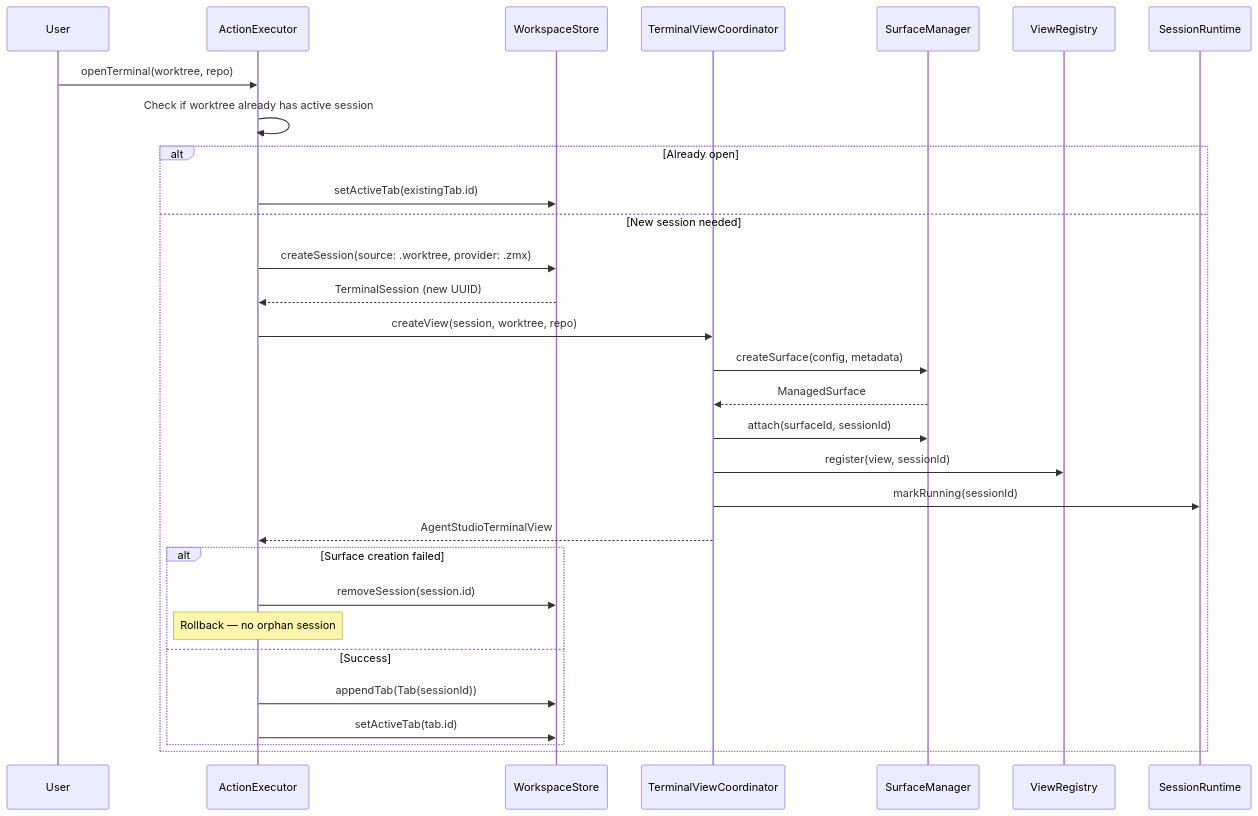
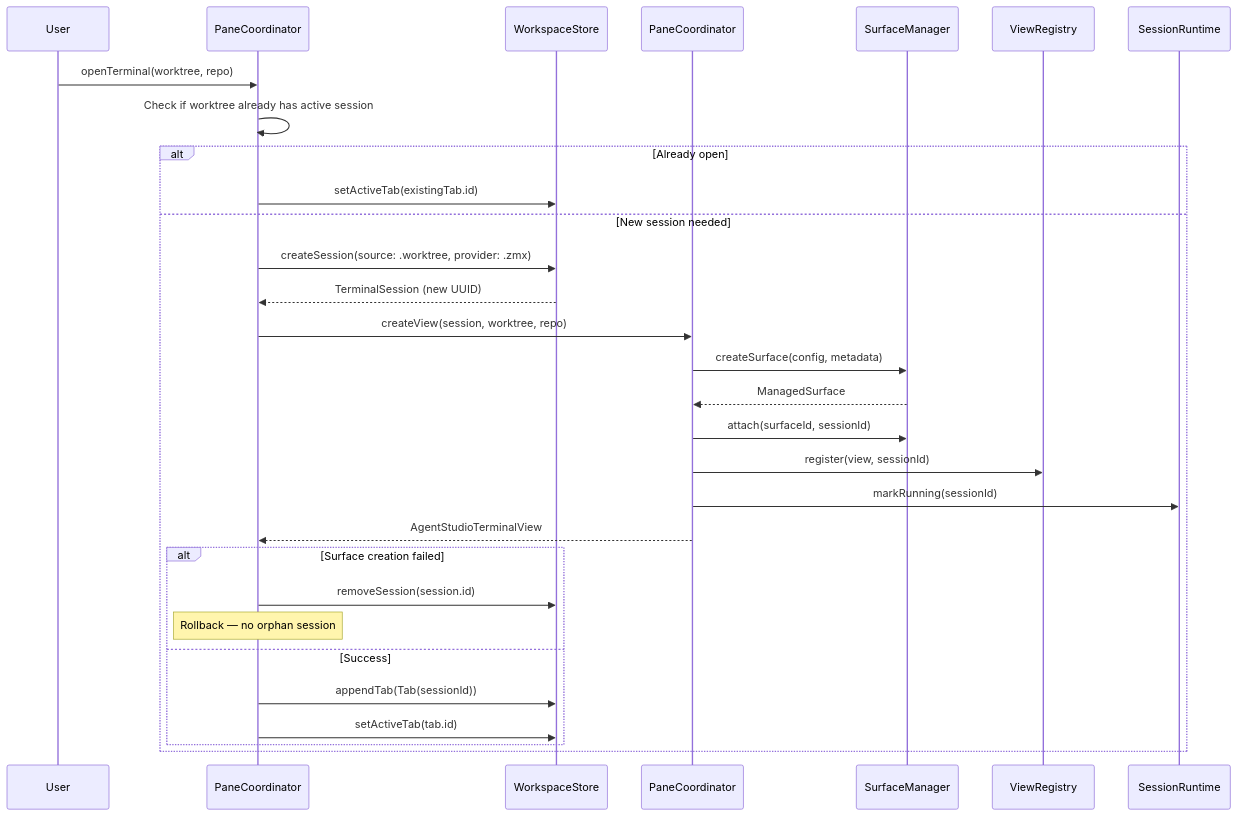
Before and after one commit to ShravanSunder/agentstudio: the third of 5 diagrams in docs/architecture/session_lifecycle.md, drawn with Mermaid. The commit also changed other lines of this file and 8 other files, not shown here.

````diff
--- a/docs/architecture/session_lifecycle.md
+++ b/docs/architecture/session_lifecycle.md
@@ -81,34 +81,34 @@
 ```mermaid
 sequenceDiagram
     participant User
-    participant AE as ActionExecutor
+    participant AE as PaneCoordinator
     participant Store as WorkspaceStore
-    participant Coord as TerminalViewCoordinator
+    participant Coord as PaneCoordinator
     participant SM as SurfaceManager
     participant VR as ViewRegistry
     participant RT as SessionRuntime
 
     User->>AE: openTerminal(worktree, repo)
     AE->>AE: Check if worktree already has active session
     alt Already open
         AE->>Store: setActiveTab(existingTab.id)
     else New session needed
         AE->>Store: createSession(source: .worktree, provider: .zmx)
         Store-->>AE: TerminalSession (new UUID)
         AE->>Coord: createView(session, worktree, repo)
         Coord->>SM: createSurface(config, metadata)
         SM-->>Coord: ManagedSurface
         Coord->>SM: attach(surfaceId, sessionId)
         Coord->>VR: register(view, sessionId)
         Coord->>RT: markRunning(sessionId)
         Coord-->>AE: AgentStudioTerminalView
 
         alt Surface creation failed
             AE->>Store: removeSession(session.id)
             Note over AE: Rollback — no orphan session
         else Success
             AE->>Store: appendTab(Tab(sessionId))
             AE->>Store: setActiveTab(tab.id)
         end
     end
 ```
````
